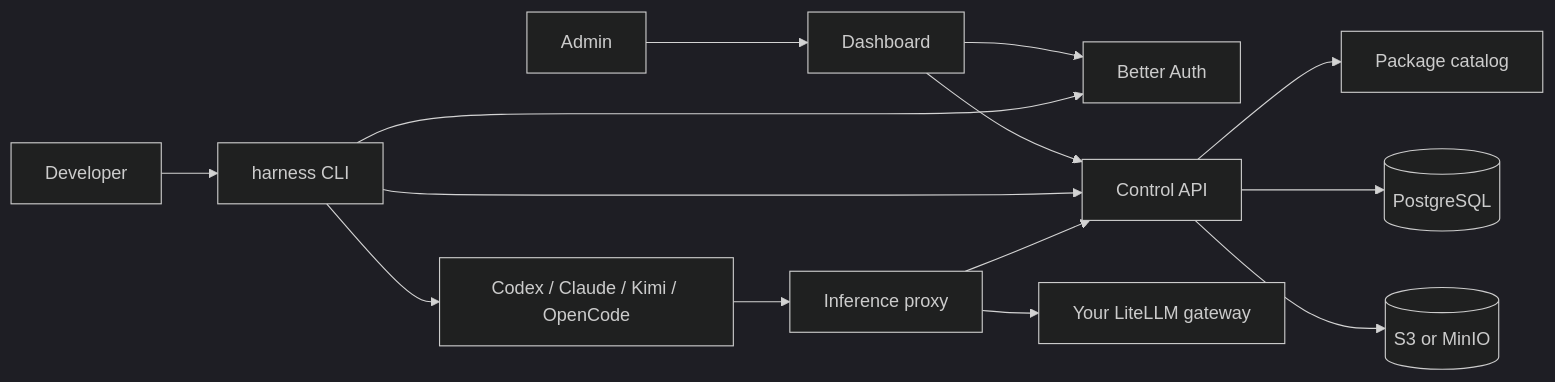
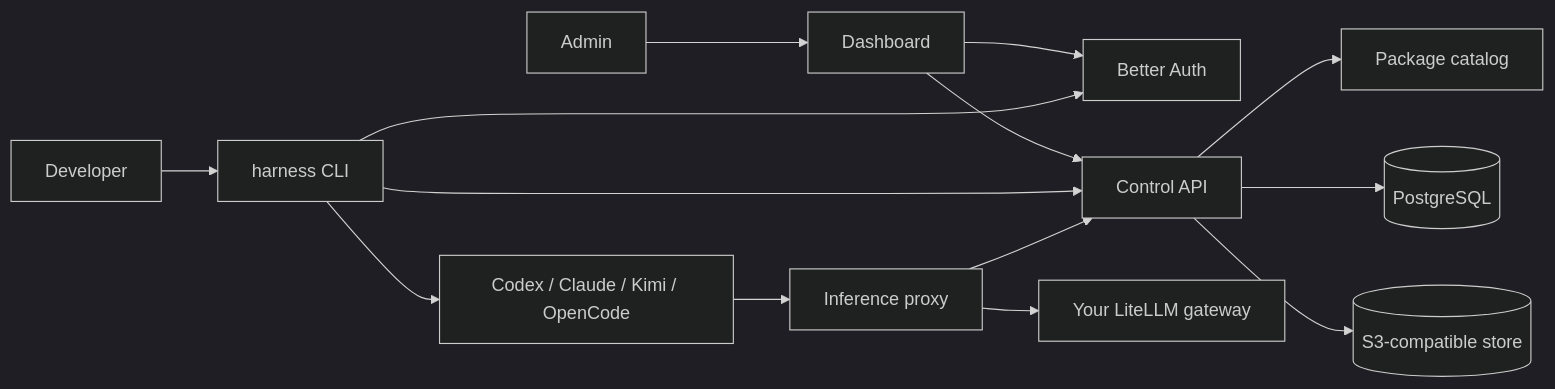
One commit to BlocksOrg/blue changed the first of 3 diagrams in apps/docs/next/concepts/architecture.mdx. Above: the diagram before and after it, drawn with Mermaid (dark theme). The commit also changed 21 other files, not shown here.

````diff
--- a/apps/docs/next/concepts/architecture.mdx
+++ b/apps/docs/next/concepts/architecture.mdx
@@ -9,16 +9,16 @@
 ```mermaid
 flowchart LR
   Developer --> CLI[harness CLI]
   Admin --> Dashboard
   Dashboard --> Auth[Better Auth]
   Dashboard --> API[Control API]
   CLI --> Auth
   CLI --> API
   API --> Catalog[Package catalog]
   API --> DB[(PostgreSQL)]
-  API --> Blob[(S3 or MinIO)]
+  API --> Blob[(S3-compatible store)]
   CLI --> Agent[Codex / Claude / Kimi / OpenCode]
   Agent --> Proxy[Inference proxy]
   Proxy --> API
   Proxy --> Gateway[Your LiteLLM gateway]
 ```
````
